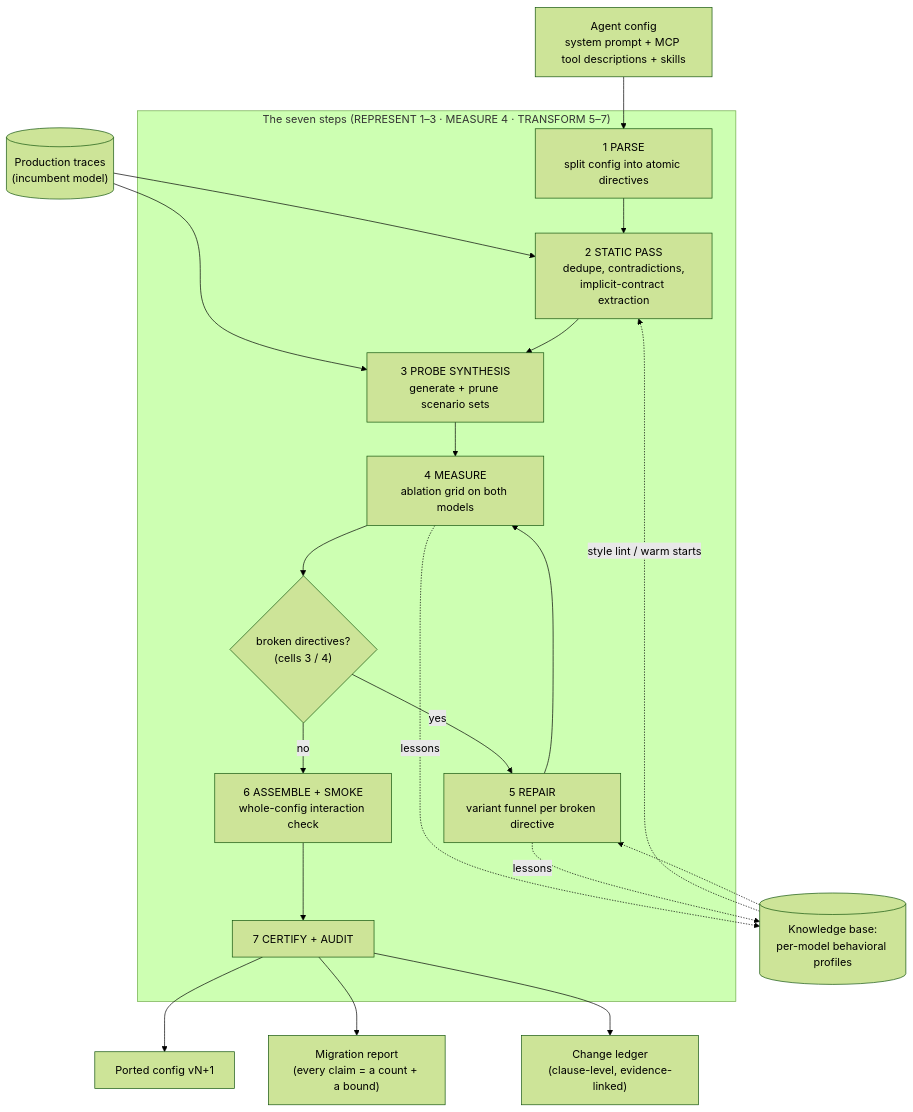
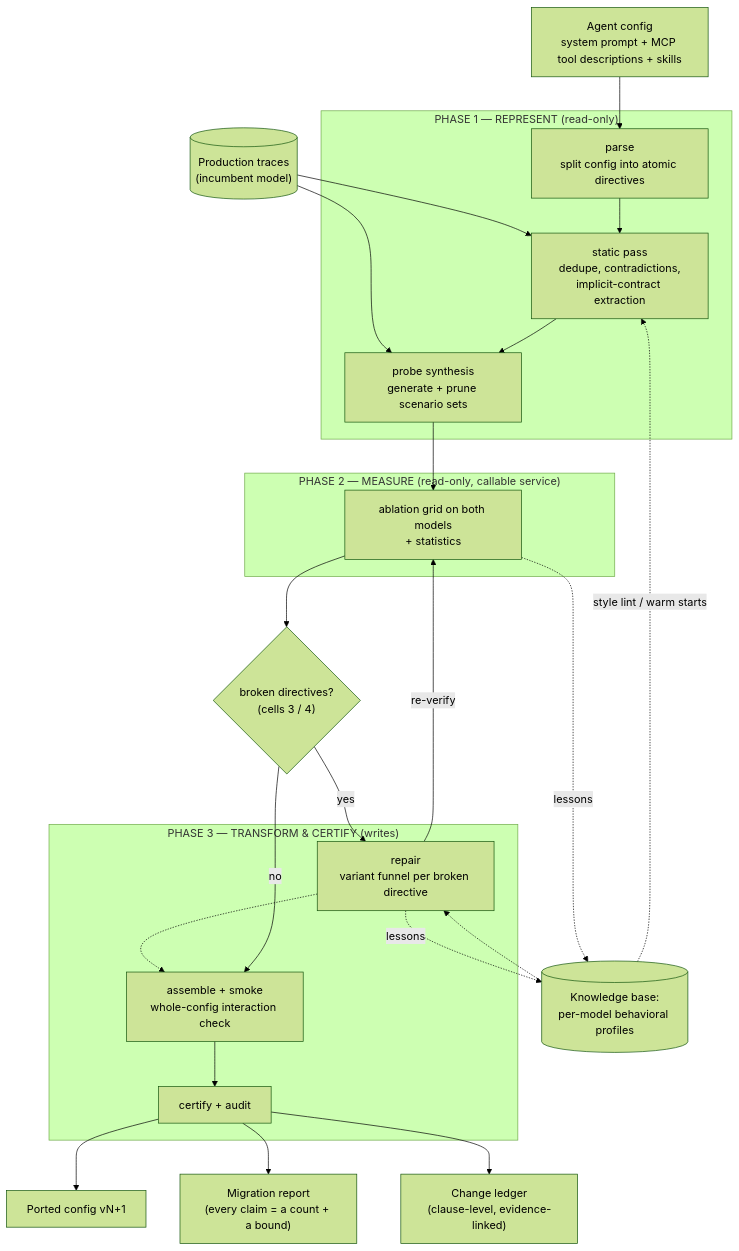
The second of 9 diagrams in DESIGN.md (internet-zero/hypergeometric-ai), drawn with Mermaid (forest theme) before and after one commit. The commit also changed other lines of this file, not shown here.

Commit message:
Merge seven stages into the three phases throughout the design

````diff
--- a/DESIGN.md
+++ b/DESIGN.md
@@ -108,26 +108,37 @@
 ```mermaid
 flowchart TD
     A["Agent config<br/>system prompt + MCP tool descriptions + skills"] --> S1
     TR[("Production traces<br/>(incumbent model)")] --> S2
     TR --> S3
 
-    subgraph PIPELINE["The seven steps (REPRESENT 1–3 · MEASURE 4 · TRANSFORM 5–7)"]
-        S1["1 PARSE<br/>split config into atomic directives"] --> S2["2 STATIC PASS<br/>dedupe, contradictions,<br/>implicit-contract extraction"]
-        S2 --> S3["3 PROBE SYNTHESIS<br/>generate + prune scenario sets"]
-        S3 --> S4["4 MEASURE<br/>ablation grid on both models"]
-        S4 --> D{"broken directives?<br/>(cells 3 / 4)"}
-        D -- yes --> S5["5 REPAIR<br/>variant funnel per broken directive"]
-        S5 --> S4
-        D -- no --> S6["6 ASSEMBLE + SMOKE<br/>whole-config interaction check"]
-        S6 --> S7["7 CERTIFY + AUDIT"]
+    subgraph P1["PHASE 1 — REPRESENT (read-only)"]
+        S1["parse<br/>split config into atomic directives"] --> S2["static pass<br/>dedupe, contradictions,<br/>implicit-contract extraction"]
+        S2 --> S3["probe synthesis<br/>generate + prune scenario sets"]
     end
+
+    subgraph P2["PHASE 2 — MEASURE (read-only, callable service)"]
+        S4["ablation grid on both models<br/>+ statistics"]
+    end
+
+    subgraph P3["PHASE 3 — TRANSFORM & CERTIFY (writes)"]
+        S5["repair<br/>variant funnel per broken directive"]
+        S6["assemble + smoke<br/>whole-config interaction check"]
+        S7["certify + audit"]
+        S5 -.-> S6 --> S7
+    end
+
+    S3 --> S4
+    S4 --> D{"broken directives?<br/>(cells 3 / 4)"}
+    D -- yes --> S5
+    S5 -- "re-verify" --> S4
+    D -- no --> S6
 
     S7 --> O1["Ported config vN+1"]
     S7 --> O2["Migration report<br/>(every claim = a count + a bound)"]
     S7 --> O3["Change ledger<br/>(clause-level, evidence-linked)"]
 
     S4 -.lessons.-> KB[("Knowledge base:<br/>per-model behavioral profiles")]
     S5 -.lessons.-> KB
     KB -.style lint / warm starts.-> S2
     KB -.-> S5
 ```
````
